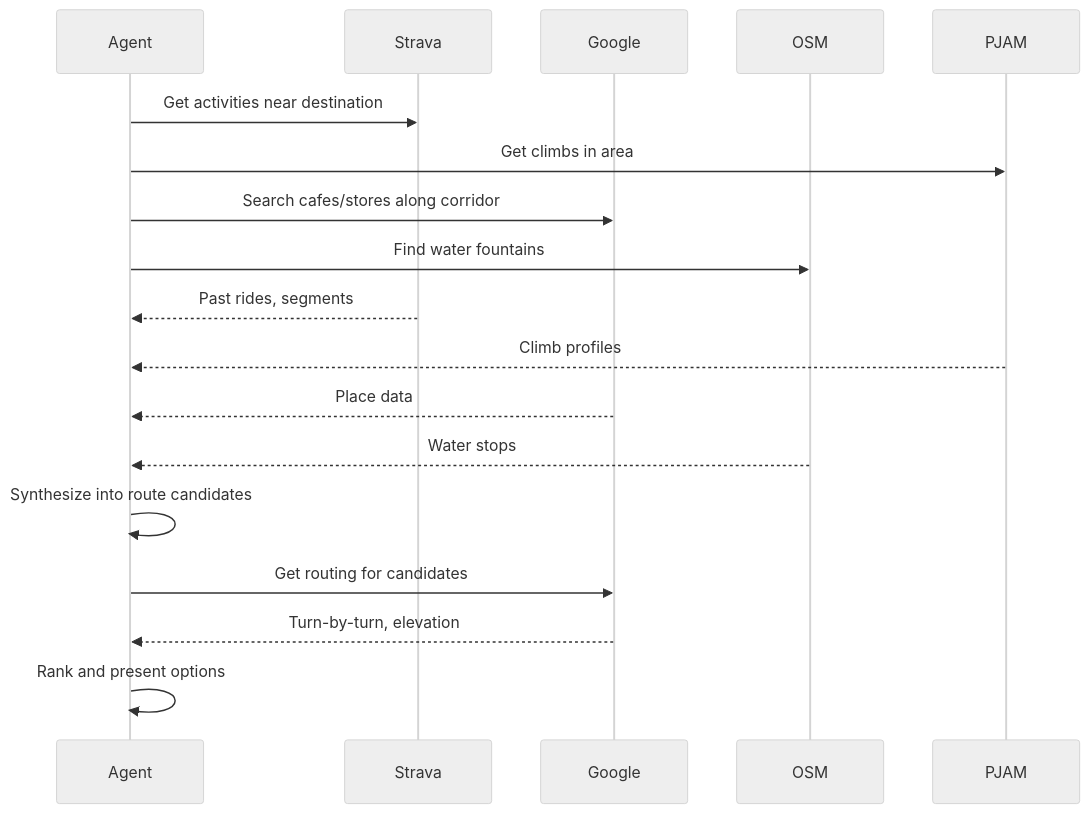
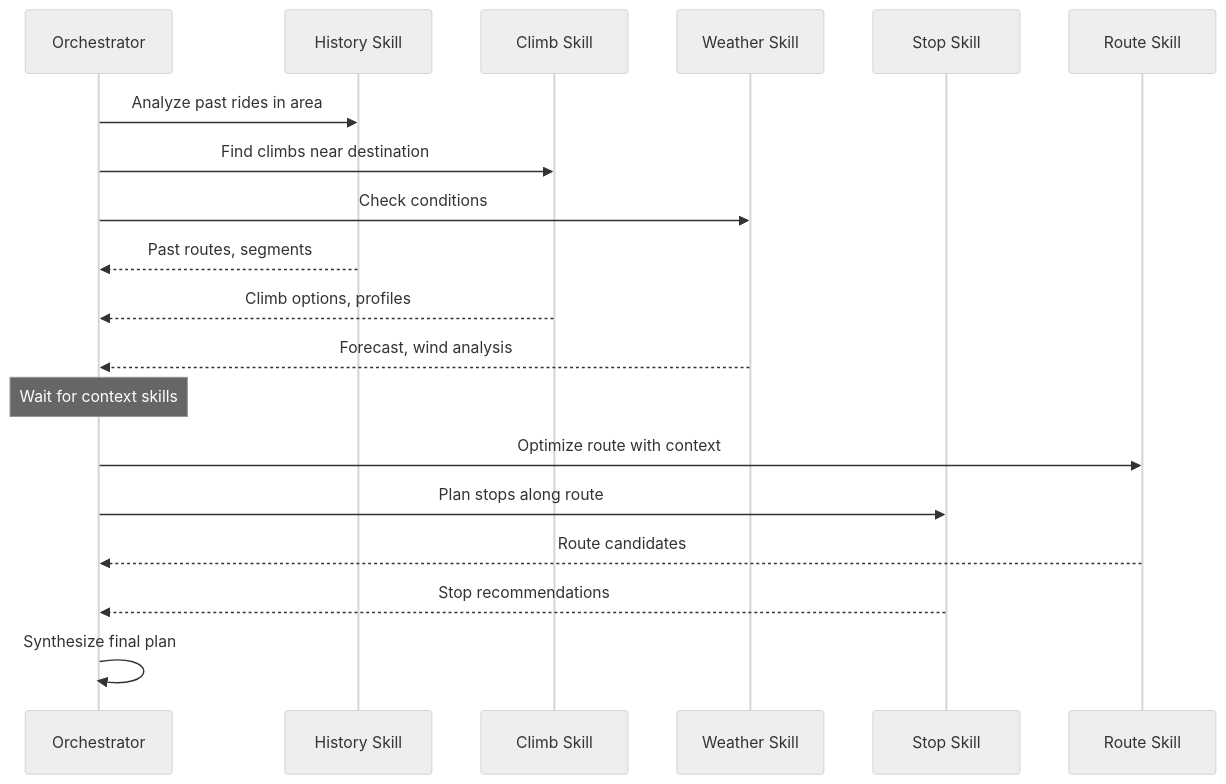
The fourth of 5 diagrams in docs/architecture.md (bendrucker/route-agent), drawn with Mermaid (neutral theme) before and after one commit. The commit also changed other lines of this file and 3 other files, not shown here.

First line of the commit message:
Add skills-based architecture and tool catalog

````diff
--- a/docs/architecture.md
+++ b/docs/architecture.md
@@ -82,24 +130,27 @@
 ```mermaid
 sequenceDiagram
-    participant Agent
-    participant Strava
-    participant Google
-    participant OSM
-    participant PJAM
+    participant Orchestrator
+    participant History as History Skill
+    participant Climb as Climb Skill
+    participant Weather as Weather Skill
+    participant Stops as Stop Skill
+    participant Route as Route Skill
 
-    Agent->>Strava: Get activities near destination
-    Agent->>PJAM: Get climbs in area
-    Agent->>Google: Search cafes/stores along corridor
-    Agent->>OSM: Find water fountains
+    Orchestrator->>History: Analyze past rides in area
+    Orchestrator->>Climb: Find climbs near destination
+    Orchestrator->>Weather: Check conditions
 
-    Strava-->>Agent: Past rides, segments
-    PJAM-->>Agent: Climb profiles
-    Google-->>Agent: Place data
-    OSM-->>Agent: Water stops
+    History-->>Orchestrator: Past routes, segments
+    Climb-->>Orchestrator: Climb options, profiles
+    Weather-->>Orchestrator: Forecast, wind analysis
 
-    Agent->>Agent: Synthesize into route candidates
-    Agent->>Google: Get routing for candidates
-    Google-->>Agent: Turn-by-turn, elevation
+    Note over Orchestrator: Wait for context skills
 
-    Agent->>Agent: Rank and present options
+    Orchestrator->>Route: Optimize route with context
+    Orchestrator->>Stops: Plan stops along route
+
+    Route-->>Orchestrator: Route candidates
+    Stops-->>Orchestrator: Stop recommendations
+
+    Orchestrator->>Orchestrator: Synthesize final plan
 ```
````
